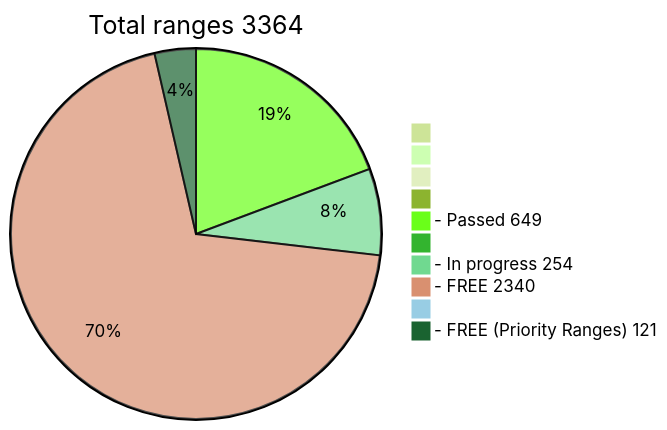
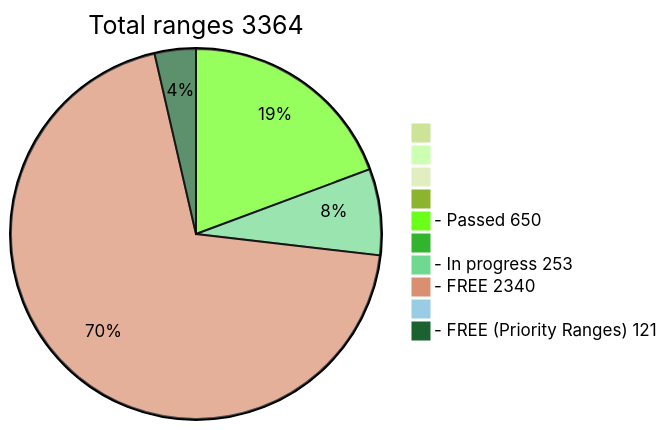
One commit to phrutis/wif500 changed the diagram in README.md. Above: the diagram before and after it, drawn with Mermaid (forest theme).

````diff
--- a/README.md
+++ b/README.md
@@ -16,13 +16,13 @@
 ```mermaid
 pie title Total ranges 3364
              " " : 0
             "  " : 0
            "   " : 0
           "    " : 0
-  "- Passed 649" : 649
+  "- Passed 650" : 650
          "     " : 0
-  "- In progress 254" : 254
+  "- In progress 253" : 253
    "- FREE 2340" : 2340
         "      " : 0
   "- FREE (Priority Ranges) 121" : 121
 ```
````
